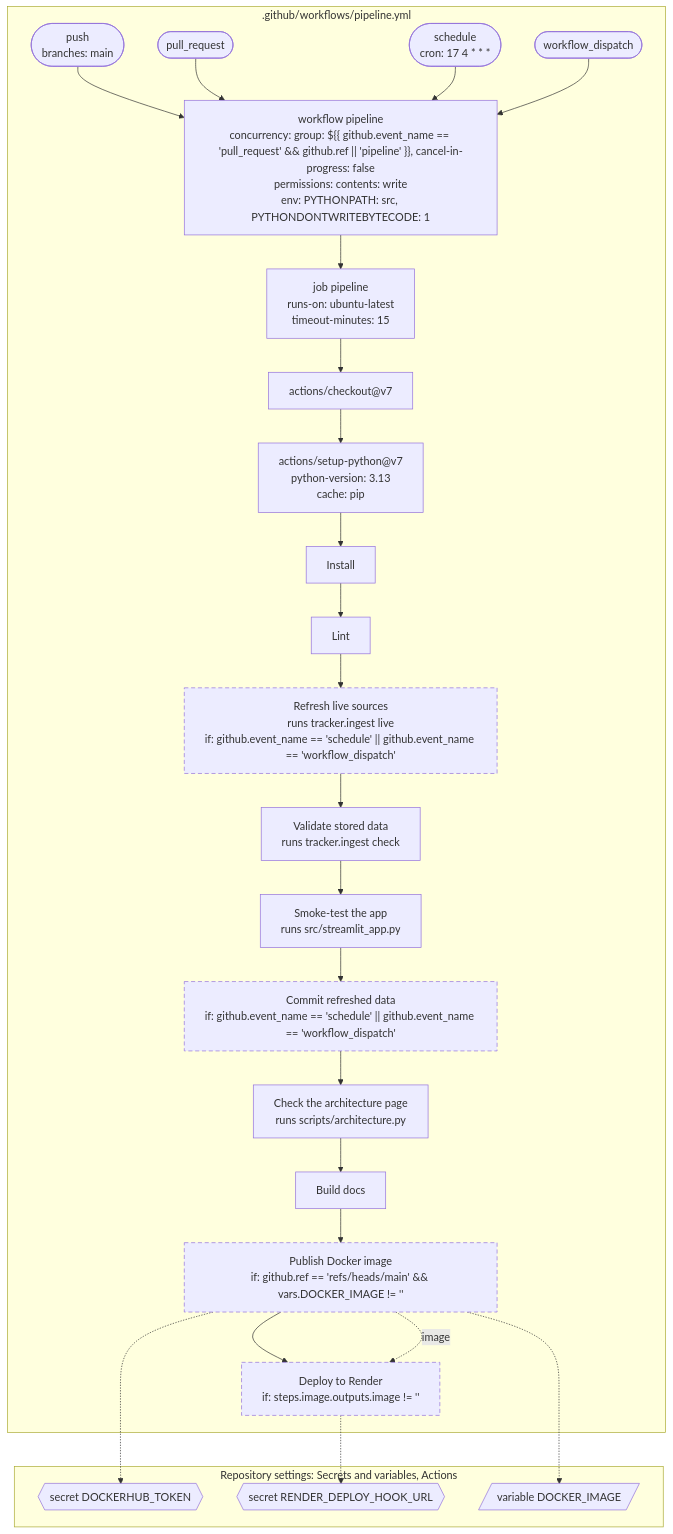
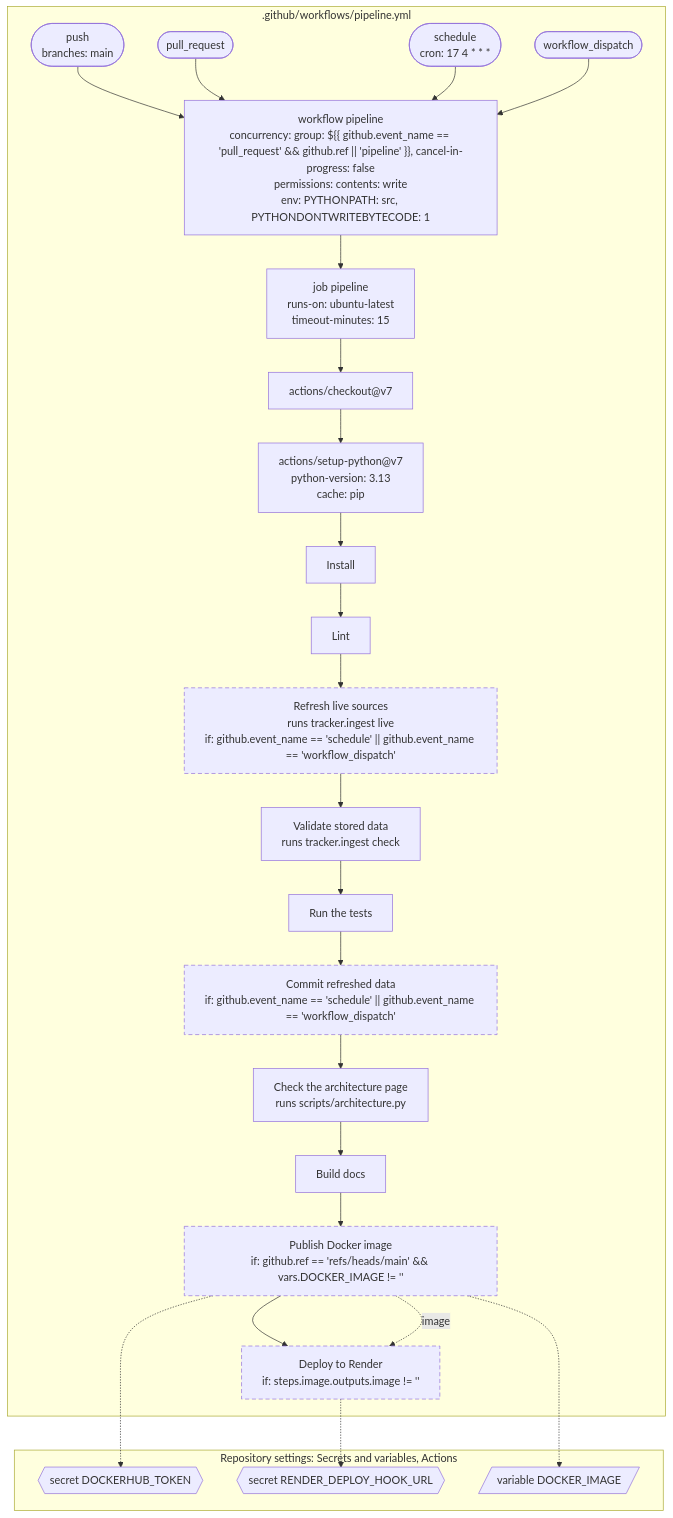
Before and after one commit to tryph0n/hybrid-tracker: the second of 3 diagrams in docs/architecture.md, drawn with Mermaid. The commit also changed 19 other files, not shown here.

First line of the commit message:
test: add a pytest suite for adapters, schema, ingest and app

````diff
--- a/docs/architecture.md
+++ b/docs/architecture.md
@@ -58,53 +58,53 @@
 ```mermaid
 ---
 config: {"flowchart": {"wrappingWidth": 400}}
 ---
 flowchart TB
   classDef conditional stroke-dasharray: 6 4
   subgraph workflow_pipeline_yml_box[".github/workflows/pipeline.yml"]
     on_pipeline_yml_push(["push<br/>branches: main"])
     on_pipeline_yml_push --> workflow_pipeline_yml
     on_pipeline_yml_pull_request(["pull_request"])
     on_pipeline_yml_pull_request --> workflow_pipeline_yml
     on_pipeline_yml_schedule(["schedule<br/>cron: 17 4 * * *"])
     on_pipeline_yml_schedule --> workflow_pipeline_yml
     on_pipeline_yml_workflow_dispatch(["workflow_dispatch"])
     on_pipeline_yml_workflow_dispatch --> workflow_pipeline_yml
     workflow_pipeline_yml["workflow pipeline<br/>concurrency: group: ${{ github.event_name == 'pull_request' #amp;#amp; github.ref || 'pipeline' }}, cancel-in-progress: false<br/>permissions: contents: write<br/>env: PYTHONPATH: src, PYTHONDONTWRITEBYTECODE: 1"]
     job_pipeline_yml_pipeline["job pipeline<br/>runs-on: ubuntu-latest<br/>timeout-minutes: 15"]
     workflow_pipeline_yml --> job_pipeline_yml_pipeline
     step_actions_checkout_v7["actions/checkout@v7"]
     job_pipeline_yml_pipeline --> step_actions_checkout_v7
     step_actions_setup_python_v7["actions/setup-python@v7<br/>python-version: 3.13<br/>cache: pip"]
     step_actions_checkout_v7 --> step_actions_setup_python_v7
     step_Install["Install"]
     step_actions_setup_python_v7 --> step_Install
     step_Lint["Lint"]
     step_Install --> step_Lint
     step_Refresh_live_sources["Refresh live sources<br/>runs tracker.ingest live<br/>if: github.event_name == 'schedule' || github.event_name == 'workflow_dispatch'"]:::conditional
     step_Lint --> step_Refresh_live_sources
     step_Validate_stored_data["Validate stored data<br/>runs tracker.ingest check"]
     step_Refresh_live_sources --> step_Validate_stored_data
-    step_Smoke_test_the_app["Smoke-test the app<br/>runs src/streamlit_app.py"]
-    step_Validate_stored_data --> step_Smoke_test_the_app
+    step_Run_the_tests["Run the tests"]
+    step_Validate_stored_data --> step_Run_the_tests
     step_Commit_refreshed_data["Commit refreshed data<br/>if: github.event_name == 'schedule' || github.event_name == 'workflow_dispatch'"]:::conditional
-    step_Smoke_test_the_app --> step_Commit_refreshed_data
+    step_Run_the_tests --> step_Commit_refreshed_data
     step_Check_the_architecture_page["Check the architecture page<br/>runs scripts/architecture.py"]
     step_Commit_refreshed_data --> step_Check_the_architecture_page
     step_Build_docs["Build docs"]
     step_Check_the_architecture_page --> step_Build_docs
     step_Publish_Docker_image["Publish Docker image<br/>if: github.ref == 'refs/heads/main' #amp;#amp; vars.DOCKER_IMAGE != ''"]:::conditional
     step_Build_docs --> step_Publish_Docker_image
     step_Deploy_to_Render["Deploy to Render<br/>if: steps.image.outputs.image != ''"]:::conditional
     step_Publish_Docker_image --> step_Deploy_to_Render
   end
   step_Publish_Docker_image -.->|image| step_Deploy_to_Render
   subgraph settings["Repository settings: Secrets and variables, Actions"]
     secrets_DOCKERHUB_TOKEN{{"secret DOCKERHUB_TOKEN"}}
     secrets_RENDER_DEPLOY_HOOK_URL{{"secret RENDER_DEPLOY_HOOK_URL"}}
     vars_DOCKER_IMAGE[/"variable DOCKER_IMAGE"/]
   end
   step_Publish_Docker_image -.-> secrets_DOCKERHUB_TOKEN
   step_Deploy_to_Render -.-> secrets_RENDER_DEPLOY_HOOK_URL
   step_Publish_Docker_image -.-> vars_DOCKER_IMAGE
 ```
````
